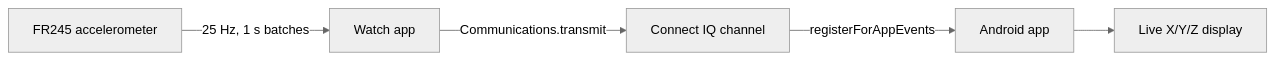
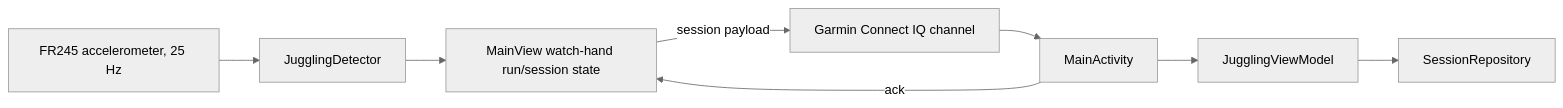
The diagram in README.md (jumlauft/JugglingTracker), drawn with Mermaid (neutral theme) before and after one commit. The commit also changed other lines of this file and 42 other files, not shown here.

````diff
--- a/README.md
+++ b/README.md
@@ -25,7 +27,10 @@
 ```mermaid
 flowchart LR
-    A[FR245 accelerometer] -->|25 Hz, 1 s batches| B[Watch app]
-    B -->|Communications.transmit| C[Connect IQ channel]
-    C -->|registerForAppEvents| D[Android app]
-    D --> E[Live X/Y/Z display]
+    A[FR245 accelerometer, 25 Hz] --> B[JugglingDetector]
+    B --> C[MainView watch-hand run/session state]
+    C -->|session payload| D[Garmin Connect IQ channel]
+    D --> E[MainActivity]
+    E --> F[JugglingViewModel]
+    F --> G[SessionRepository]
+    E -->|ack| C
 ```
````
